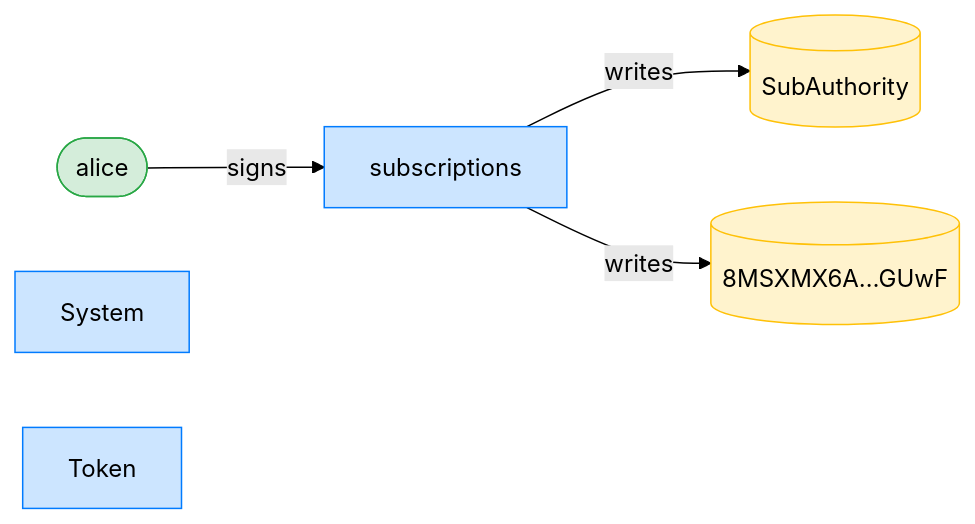
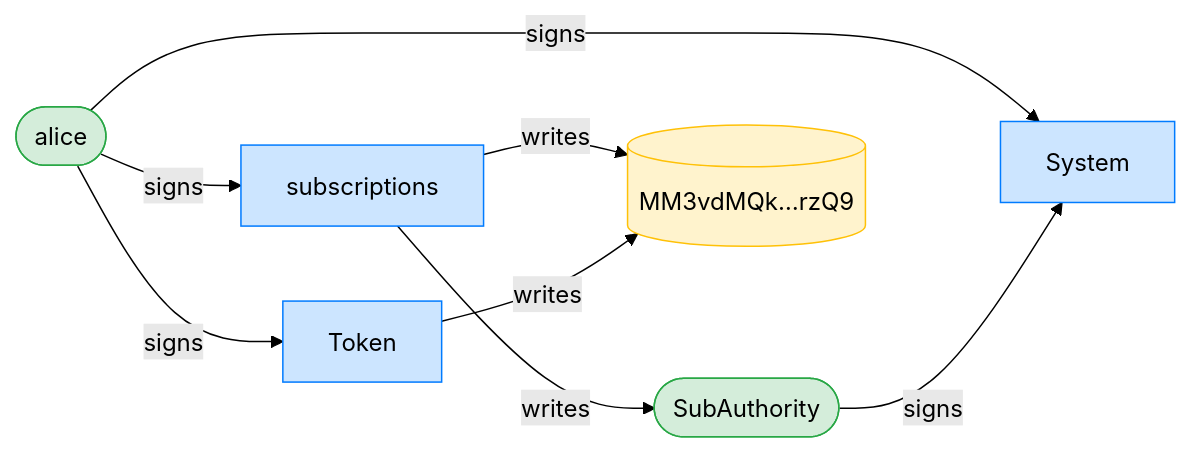
The third of 12 diagrams in dsl_tests/revoke-a-subscription-with-a-future-expiry-is-rejected.md (cds-rs/subscriptions), drawn with Mermaid (forest theme) before and after one commit. The commit also changed other lines of this file and 224 other files, not shown here.

````diff
--- a/dsl_tests/revoke-a-subscription-with-a-future-expiry-is-rejected.md
+++ b/dsl_tests/revoke-a-subscription-with-a-future-expiry-is-rejected.md
@@ -55,15 +56,19 @@
 ```mermaid
 flowchart LR
     classDef signer fill:#d4edda,stroke:#28a745;
     classDef program fill:#cce5ff,stroke:#007bff;
     classDef writable fill:#fff3cd,stroke:#ffc107;
     subscriptions[subscriptions]:::program
     alice([alice]):::signer
-    SubAuthority[(SubAuthority)]:::writable
-    8MSXMX6A_GUwF[("8MSXMX6A…GUwF")]:::writable
+    SubAuthority([SubAuthority]):::signer
+    MM3vdMQk_rzQ9[("MM3vdMQk…rzQ9")]:::writable
     System[System]:::program
     Token[Token]:::program
     alice -->|signs| subscriptions
+    alice -->|signs| System
+    SubAuthority -->|signs| System
+    alice -->|signs| Token
     subscriptions -->|writes| SubAuthority
-    subscriptions -->|writes| 8MSXMX6A_GUwF
+    subscriptions -->|writes| MM3vdMQk_rzQ9
+    Token -->|writes| MM3vdMQk_rzQ9
 ```
````
